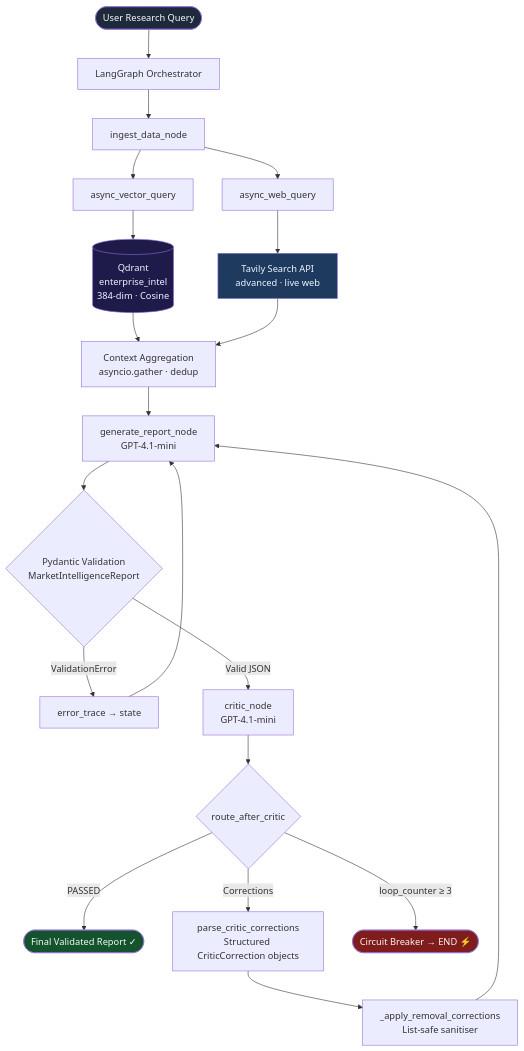
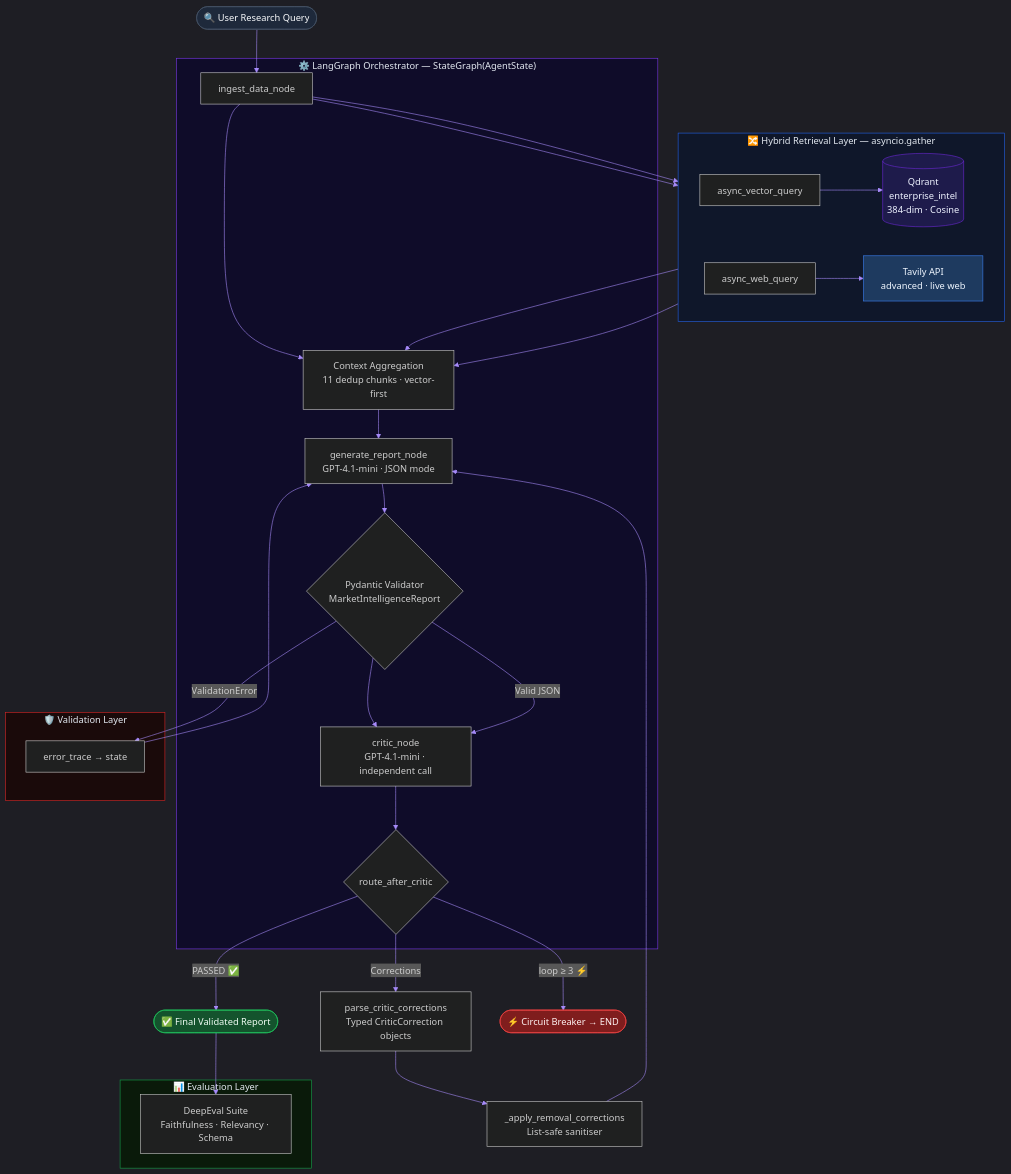
Before and after one commit to sammysamad402/enterprise-market-intelligence-engine: the diagram in README.md, drawn with Mermaid. The commit also changed other lines of this file, not shown here.

````diff
--- a/README.md
+++ b/README.md
@@ -73,38 +80,56 @@
 ```mermaid
+%%{init: {"theme": "dark", "themeVariables": {"primaryColor": "#302b63", "primaryTextColor": "#f8fafc", "primaryBorderColor": "#7c3aed", "lineColor": "#a78bfa", "secondaryColor": "#1e1b4b", "tertiaryColor": "#0f172a"}}}%%
 graph TD
-    A([User Research Query]) --> B[LangGraph Orchestrator]
+    A([🔍 User Research Query]) --> B
 
-    B --> C[ingest_data_node]
+    subgraph ORCHESTRATION ["⚙️  LangGraph Orchestrator — StateGraph(AgentState)"]
+        B[ingest_data_node] --> C
+        C --> G
+        G --> H
+        H --> J
+        J --> K{route_after_critic}
+    end
 
-    C --> D[async_vector_query]
-    C --> E[async_web_query]
+    subgraph RETRIEVAL ["🔀  Hybrid Retrieval Layer — asyncio.gather"]
+        direction LR
+        D[async_vector_query] --> D1[(Qdrant\nenterprise_intel\n384-dim · Cosine)]
+        E[async_web_query] --> E1[Tavily API\nadvanced · live web]
+    end
 
-    D --> D1[(Qdrant\nenterprise_intel\n384-dim · Cosine)]
-    E --> E1[Tavily Search API\nadvanced · live web]
+    subgraph VALIDATION ["🛡️  Validation Layer"]
+        H{Pydantic Validator\nMarketIntelligenceReport}
+        H -->|ValidationError| ERR[error_trace → state]
+        ERR --> G
+    end
 
-    D1 --> F[Context Aggregation\nasyncio.gather · dedup]
-    E1 --> F
+    subgraph EVALUATION ["📊  Evaluation Layer"]
+        EVAL[DeepEval Suite\nFaithfulness · Relevancy · Schema]
+    end
 
-    F --> G[generate_report_node\nGPT-4.1-mini]
+    B --> D
+    B --> E
+    D1 --> C[Context Aggregation\n11 dedup chunks · vector-first]
+    E1 --> C
 
-    G --> H{Pydantic Validation\nMarketIntelligenceReport}
-    H -->|ValidationError| I[error_trace → state]
-    I --> G
+    G[generate_report_node\nGPT-4.1-mini · JSON mode]
+    H -->|Valid JSON| J[critic_node\nGPT-4.1-mini · independent call]
 
-    H -->|Valid JSON| J[critic_node\nGPT-4.1-mini]
-
-    J --> K{route_after_critic}
-
-    K -->|PASSED| L([Final Validated Report ✓])
-    K -->|Corrections| M[parse_critic_corrections\nStructured CriticCorrection objects]
-    K -->|loop_counter ≥ 3| N([Circuit Breaker → END ⚡])
+    K -->|PASSED ✅| L([✅ Final Validated Report])
+    K -->|Corrections| M[parse_critic_corrections\nTyped CriticCorrection objects]
+    K -->|loop ≥ 3 ⚡| N([⚡ Circuit Breaker → END])
 
     M --> O[_apply_removal_corrections\nList-safe sanitiser]
     O --> G
 
-    style A fill:#1e293b,color:#f8fafc
-    style L fill:#14532d,color:#f0fdf4
-    style N fill:#7f1d1d,color:#fef2f2
-    style D1 fill:#1e1b4b,color:#eef2ff
-    style E1 fill:#1e3a5f,color:#eff6ff
+    L --> EVAL
+
+    style A fill:#1e293b,color:#f8fafc,stroke:#475569
+    style L fill:#14532d,color:#f0fdf4,stroke:#22c55e
+    style N fill:#7f1d1d,color:#fef2f2,stroke:#ef4444
+    style D1 fill:#1e1b4b,color:#eef2ff,stroke:#6d28d9
+    style E1 fill:#1e3a5f,color:#eff6ff,stroke:#3b82f6
+    style ORCHESTRATION fill:#0f0c29,color:#e2e8f0,stroke:#7c3aed
+    style RETRIEVAL fill:#0f172a,color:#e2e8f0,stroke:#2563eb
+    style VALIDATION fill:#1a0a0a,color:#e2e8f0,stroke:#dc2626
+    style EVALUATION fill:#0a1a0a,color:#e2e8f0,stroke:#16a34a
 ```
````
